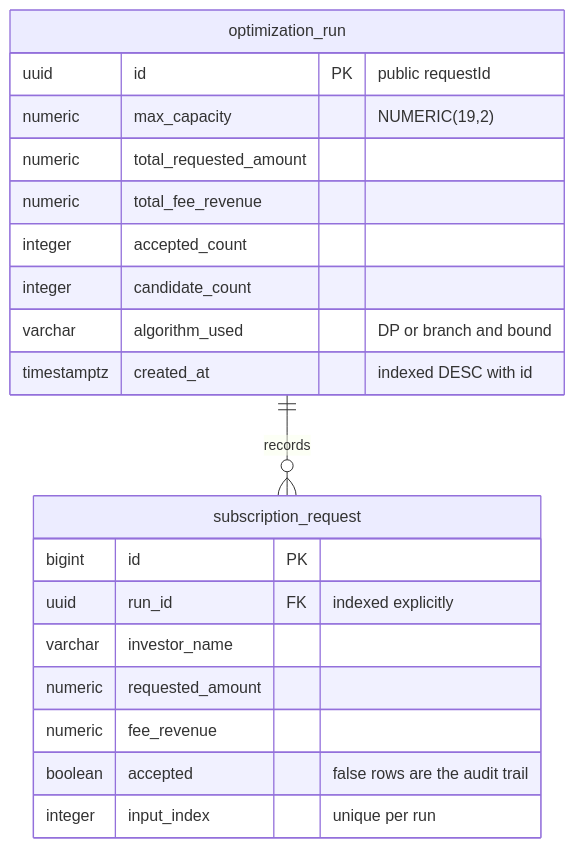
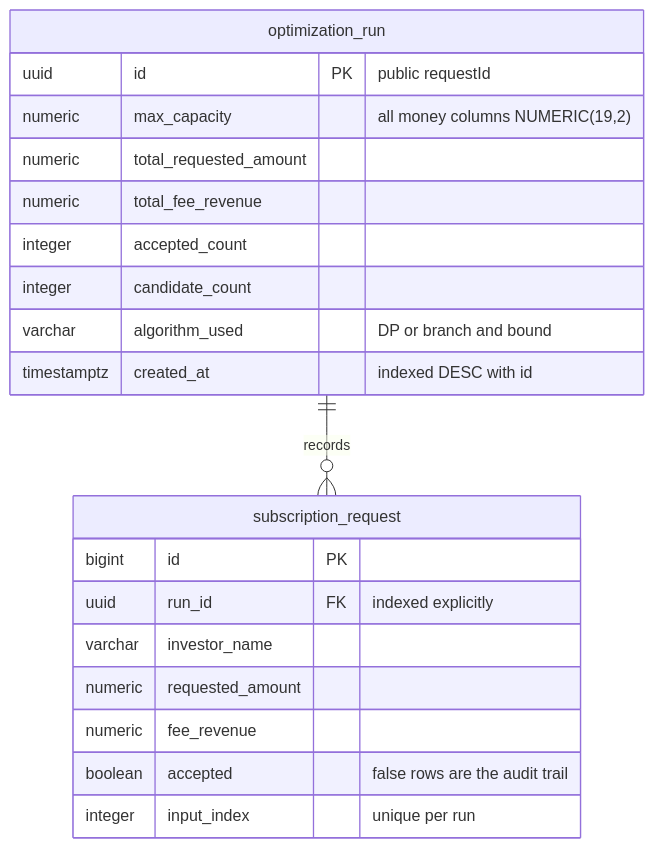
The first of 2 diagrams in README.md (djimon44/subscription-capacity), drawn with Mermaid before and after one commit. The commit also changed other lines of this file, not shown here.

````diff
--- a/README.md
+++ b/README.md
@@ -176,25 +176,25 @@
 ```mermaid
 erDiagram
     optimization_run ||--o{ subscription_request : "records"
 
     optimization_run {
         uuid id PK "public requestId"
-        numeric max_capacity "NUMERIC(19,2)"
+        numeric max_capacity "all money columns NUMERIC(19,2)"
         numeric total_requested_amount
         numeric total_fee_revenue
         integer accepted_count
         integer candidate_count
         varchar algorithm_used "DP or branch and bound"
         timestamptz created_at "indexed DESC with id"
     }
 
     subscription_request {
         bigint id PK
         uuid run_id FK "indexed explicitly"
         varchar investor_name
         numeric requested_amount
         numeric fee_revenue
         boolean accepted "false rows are the audit trail"
         integer input_index "unique per run"
     }
 ```
````
